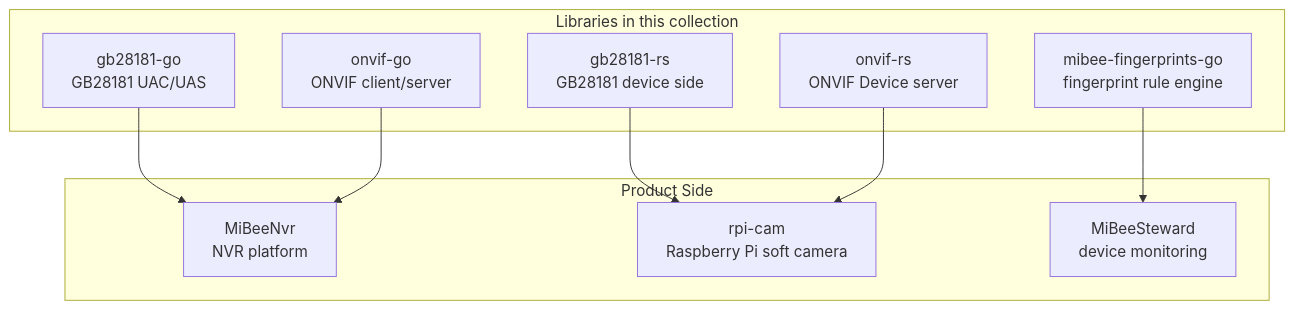
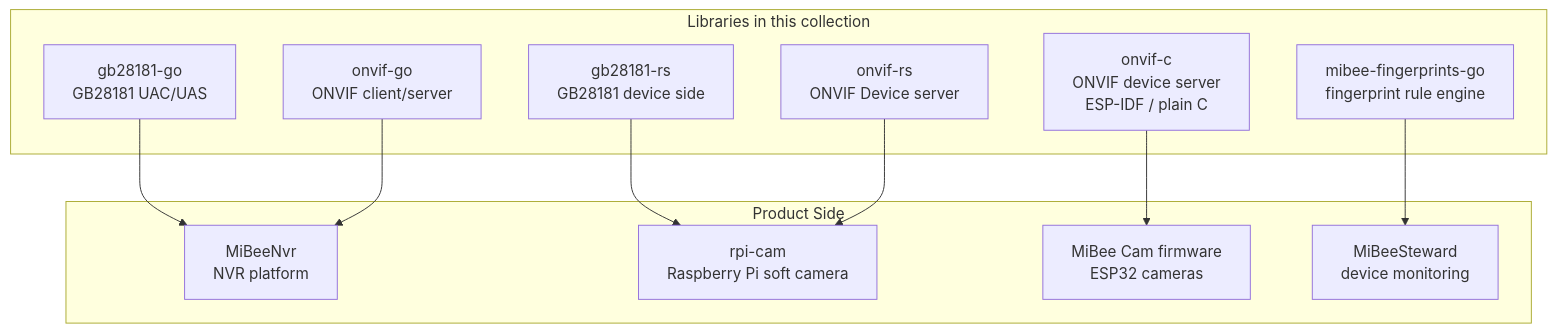
One commit to Mi-Bee-Studio/mibee-docs changed the diagram in mibeelibs/en-US/libs-overview.md. Above: the diagram before and after it, drawn with Mermaid. The commit also changed other lines of this file and 5 other files, not shown here.

````diff
--- a/mibeelibs/en-US/libs-overview.md
+++ b/mibeelibs/en-US/libs-overview.md
@@ -7,20 +7,23 @@
 ```mermaid
 flowchart TB
     subgraph products [Product Side]
         NVR[MiBeeNvr<br/>NVR platform]
         RPI[rpi-cam<br/>Raspberry Pi soft camera]
+        ESPCAM[MiBee Cam firmware<br/>ESP32 cameras]
         STEWARD[MiBeeSteward<br/>device monitoring]
     end
     subgraph libs [Libraries in this collection]
         GBGO[gb28181-go<br/>GB28181 UAC/UAS]
         GBRS[gb28181-rs<br/>GB28181 device side]
         OVGO[onvif-go<br/>ONVIF client/server]
         OVRS[onvif-rs<br/>ONVIF Device server]
+        OVCC[onvif-c<br/>ONVIF device server<br/>ESP-IDF / plain C]
         FP[mibee-fingerprints-go<br/>fingerprint rule engine]
     end
     GBGO --> NVR
     GBRS --> RPI
     OVGO --> NVR
     OVRS --> RPI
+    OVCC --> ESPCAM
     FP --> STEWARD
 ```
````
